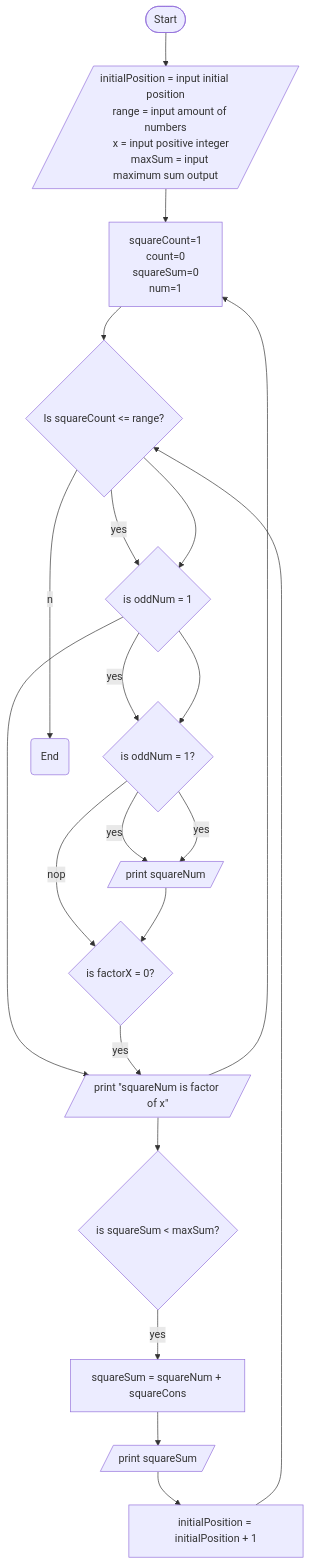
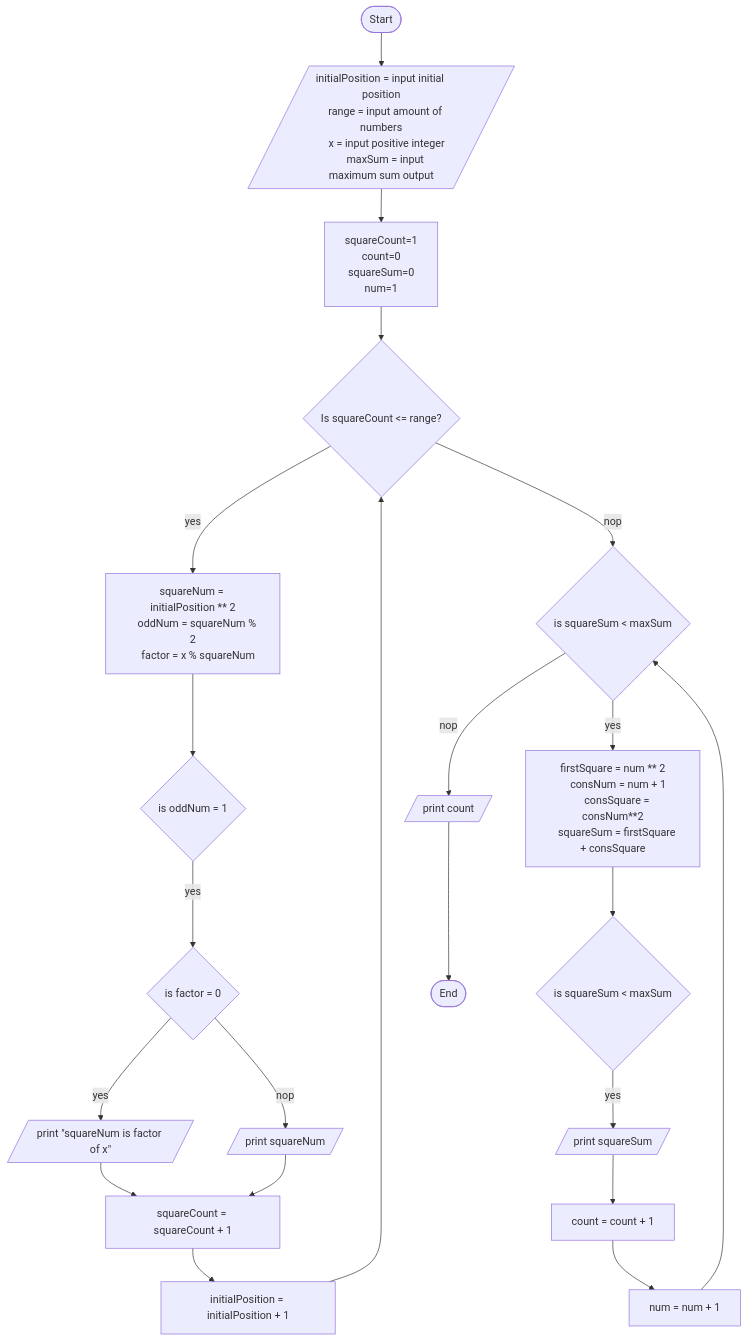
Before and after one commit to gtugaw/comp1236project: the diagram in flowchart/task2.md, drawn with Mermaid. The commit also changed 1 other file, not shown here.

Commit message:
Task 2: Did some changes to flowchart and code

````diff
--- a/flowchart/task2.md
+++ b/flowchart/task2.md
@@ -7,42 +7,42 @@
 ```mermaid
 flowchart TB
     A([Start])
 
     A-->B[/initialPosition = input initial position
     range = input amount of numbers
     x = input positive integer
     maxSum = input maximum sum output/]
     B-->D[squareCount=1
     count=0
     squareSum=0
     num=1
     ]
 
     D-->E{Is squareCount <= range?}
-    E-- yes -->F[squareNum = initialPosition ** 2
+    E--yes-->F[squareNum = initialPosition ** 2
     oddNum = squareNum % 2
     factor = x % squareNum]
-    E-->F{is oddNum = 1}
-    F--yes-->G{is factor = 0}
-    G--yes-->H[/print "squareNum is factor of x"/]
-    G--nop-->I[/print squareNum/]
-    F-->J[initialPosition = initialPosition + 1]
-    J-->D
-    
+    F-->G{is oddNum = 1}
+    G--yes-->H{is factor = 0}
+    H--yes-->I[/print "squareNum is factor of x"/]
+    H--nop-->J[/print squareNum/]
+    I-->K[squareCount = squareCount + 1]
+    J-->K
+    K-->L[initialPosition = initialPosition + 1]
+    L-->E
 
-    F-->G{is oddNum = 1?}
-    G--yes-->H[/print squareNum/]
+    E--nop-->M{is squareSum < maxSum}
+    M--yes-->N[firstSquare = num ** 2
+    consNum = num + 1
+    consSquare = consNum**2
+    squareSum = firstSquare + consSquare]
+    N-->O{is squareSum < maxSum}
+    O--yes-->P[/print squareSum/]
+    P-->Q[count = count + 1]
+    Q-->R[num = num + 1]
+    R-->M
+    M--nop-->S[/print count/]
+    S-->T([End])
 
-    H-->I{is factorX = 0?}
-    I--yes-->J[/print "squareNum is factor of x"/]
-
-    J-->K{is squareSum < maxSum?}
-    K--yes-->L[squareSum = squareNum + squareCons]
-    L-->M[/print squareSum/]
-
-    M-->N[initialPosition = initialPosition + 1]
-    N-->E
-
-    E--no-->O(End)
 
 ```
````
